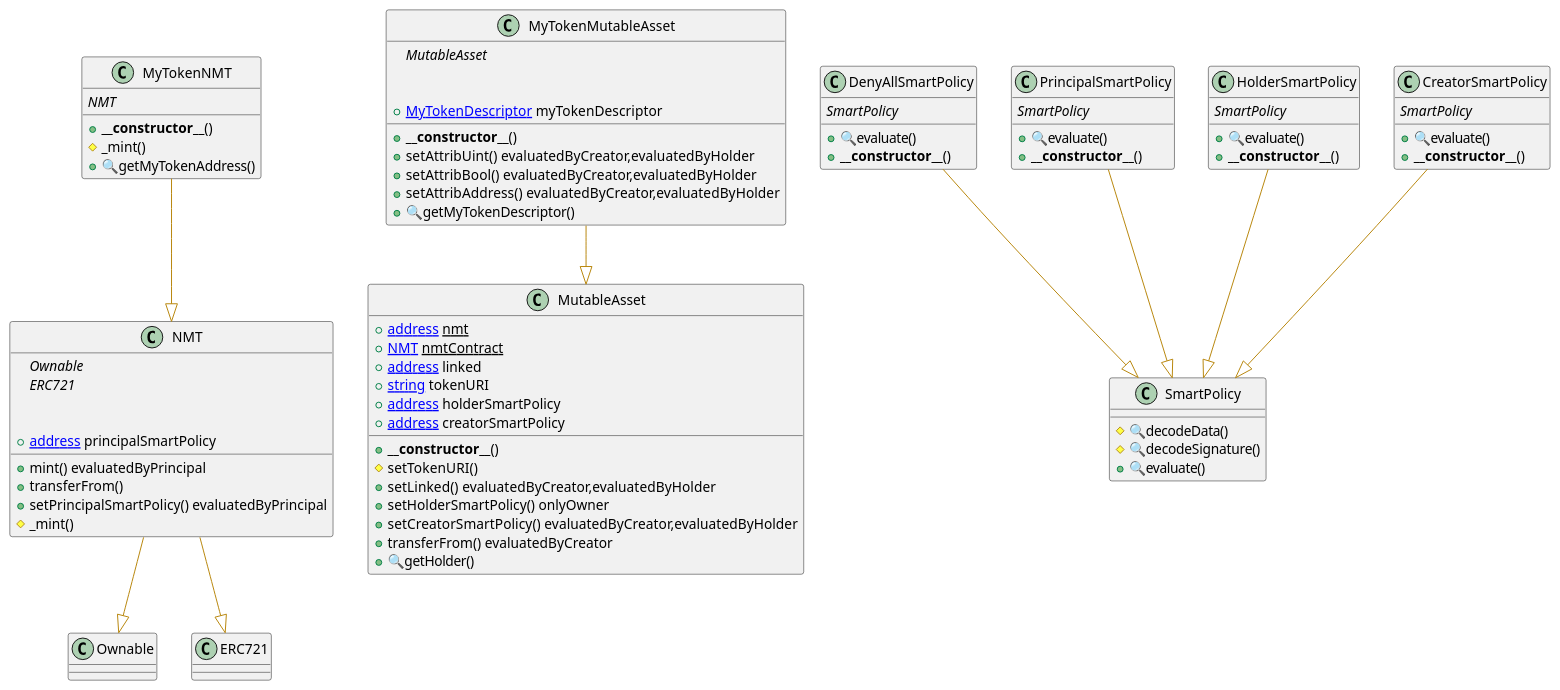
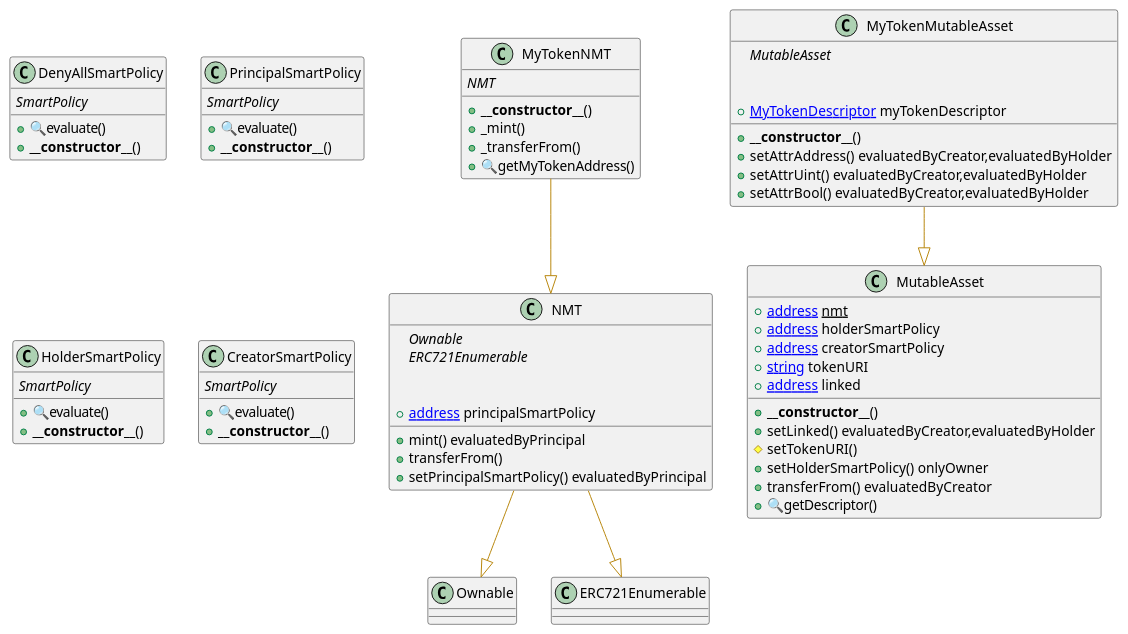
The diagram in nmt-@startuml.wsd (d0na/CMNT), drawn with PlantUML before and after one commit. The commit also changed 1 other file, not shown here.

Commit message:
docs: um figure refactoring of the NMT architecture

```diff
--- a/nmt-@startuml.wsd
+++ b/nmt-@startuml.wsd
@@ -1,174 +1,163 @@
 @startuml
 ' -- generated by: https://marketplace.visualstudio.com/items?itemName=tintinweb.solidity-visual-auditor
 '
 ' -- for auto-render install: https://marketplace.visualstudio.com/items?itemName=jebbs.plantuml
 ' -- options --
 
 allowmixing
 
 ' -- classes --
 
 
 class NMT {
     ' -- inheritance --
 	{abstract}Ownable
-	{abstract}ERC721
+	{abstract}ERC721Enumerable
 
     ' -- usingFor --
 
     ' -- vars --
 	+[[address]] principalSmartPolicy
 
     ' -- methods --
 	+mint() evaluatedByPrincipal
 	+transferFrom() 
 	+setPrincipalSmartPolicy() evaluatedByPrincipal
-	#_mint()
-
 }
 ' -- inheritance / usingFor --
 NMT --[#DarkGoldenRod]|> Ownable
-NMT --[#DarkGoldenRod]|> ERC721
+NMT --[#DarkGoldenRod]|> ERC721Enumerable
 
 
 
 
 class MutableAsset {
     ' -- inheritance --
 
     ' -- usingFor --
 
     ' -- vars --
 	+{static}[[address]] nmt
-	+{static}[[NMT]] nmtContract
-	+[[address]] linked
-	+[[string]] tokenURI
 	+[[address]] holderSmartPolicy
 	+[[address]] creatorSmartPolicy
+	+[[string]] tokenURI
+	+[[address]] linked
 
     ' -- methods --
 	+**__constructor__**()
+	+setLinked() evaluatedByCreator,evaluatedByHolder
 	#setTokenURI()
-	+setLinked() evaluatedByCreator,evaluatedByHolder
 	+setHolderSmartPolicy() onlyOwner
-	+setCreatorSmartPolicy() evaluatedByCreator,evaluatedByHolder
 	+transferFrom() evaluatedByCreator
-	+🔍getHolder()
+	+🔍getDescriptor()
 
 }
 
 class MyTokenMutableAsset {
     ' -- inheritance --
 	{abstract}MutableAsset
 
     ' -- usingFor --
 
     ' -- vars --
 	+[[MyTokenDescriptor]] myTokenDescriptor
 
     ' -- methods --
 	+**__constructor__**()
-	+setAttribUint() evaluatedByCreator,evaluatedByHolder
-	+setAttribBool() evaluatedByCreator,evaluatedByHolder
-	+setAttribAddress() evaluatedByCreator,evaluatedByHolder
-	+🔍getMyTokenDescriptor()
+	+setAttrAddress() evaluatedByCreator,evaluatedByHolder	
+	+setAttrUint() evaluatedByCreator,evaluatedByHolder
+	+setAttrBool() evaluatedByCreator,evaluatedByHolder
 
 }
 ' -- inheritance / usingFor --
 MyTokenMutableAsset --[#DarkGoldenRod]|> MutableAsset
 
 class MyTokenNMT {
     ' -- inheritance --
 	{abstract}NMT
 
     ' -- usingFor --
 
     ' -- vars --
 
     ' -- methods --
 	+**__constructor__**()
-	#_mint()
+	+_mint()
+	+_transferFrom()
 	+🔍getMyTokenAddress()
 
 }
 ' -- inheritance / usingFor --
 MyTokenNMT --[#DarkGoldenRod]|> NMT
 
 
 class DenyAllSmartPolicy {
     ' -- inheritance --
 	{abstract}SmartPolicy
 
     ' -- usingFor --
 
     ' -- vars --
 
     ' -- methods --
 	+🔍evaluate()
 	+**__constructor__**()
 
 }
 ' -- inheritance / usingFor --
-DenyAllSmartPolicy --[#DarkGoldenRod]|> SmartPolicy
-
-PrincipalSmartPolicy --[#DarkGoldenRod]|> SmartPolicy
 class PrincipalSmartPolicy {
     ' -- inheritance --
 	{abstract}SmartPolicy
 
     ' -- usingFor --
 
     ' -- vars --
 
     ' -- methods --
 	+🔍evaluate()
 	+**__constructor__**()
 
 }
 
 class HolderSmartPolicy {
     ' -- inheritance --
 	{abstract}SmartPolicy
 
     ' -- usingFor --
 
     ' -- vars --
 
     ' -- methods --
 	+🔍evaluate()
 	+**__constructor__**()
 
 }
-' -- inheritance / usingFor --
-HolderSmartPolicy --[#DarkGoldenRod]|> SmartPolicy
 
 class CreatorSmartPolicy {
     ' -- inheritance --
 	{abstract}SmartPolicy
 
     ' -- usingFor --
 
     ' -- vars --
 
     ' -- methods --
 	+🔍evaluate()
 	+**__constructor__**()
 
 }
-' -- inheritance / usingFor --
-CreatorSmartPolicy --[#DarkGoldenRod]|> SmartPolicy
 
-class SmartPolicy {
-    ' -- inheritance --
+' class SmartPolicy {
+'     ' -- inheritance --
 
-    ' -- usingFor --
+'     ' -- usingFor --
 
-    ' -- vars --
+'     ' -- vars --
 
-    ' -- methods --
-	#🔍decodeData()
-	#🔍decodeSignature()
-	+🔍evaluate()
+'     ' -- methods --
+' 	#🔍decodeData()
+' 	#🔍decodeSignature()
+' 	+🔍evaluate()
 
-}
+' }
 @enduml
```
